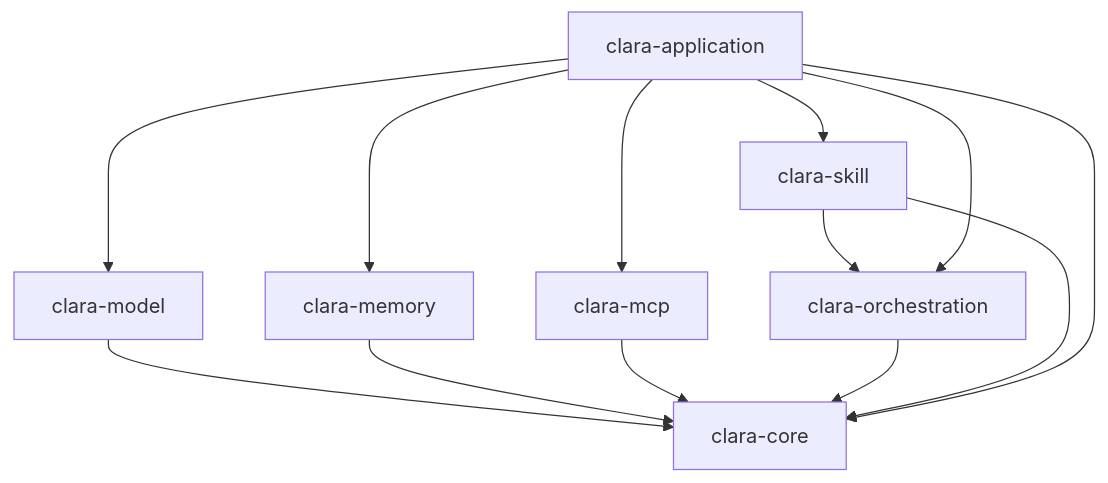
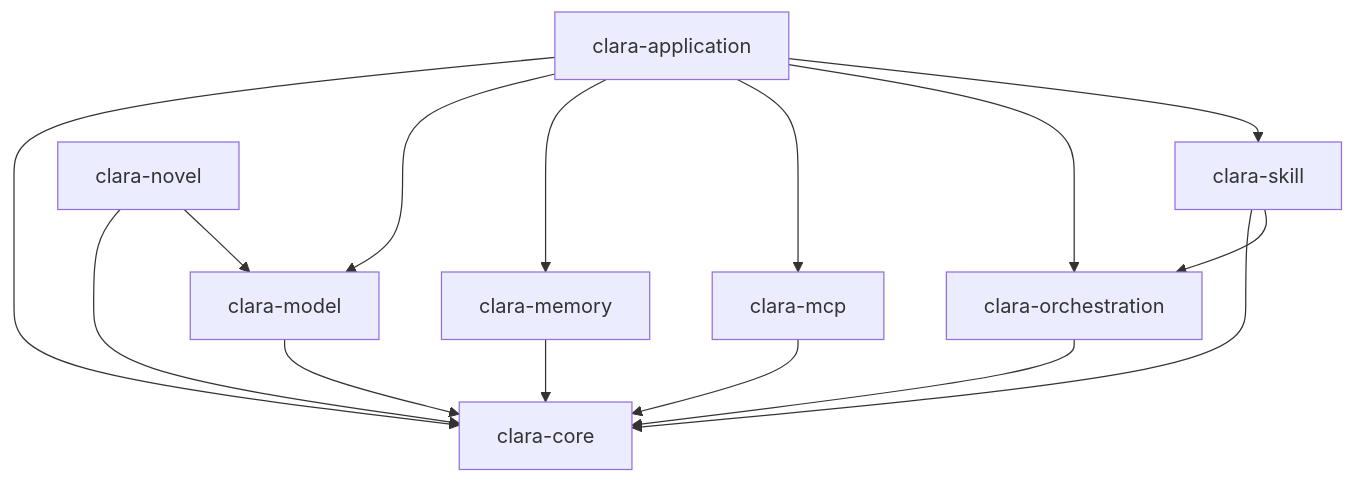
One commit to fangwu798/clara changed the diagram in readme.md. Above: the diagram before and after it, drawn with Mermaid. The commit also changed other lines of this file and 134 other files, not shown here.

````diff
--- a/readme.md
+++ b/readme.md
@@ -30,16 +31,18 @@
 ```mermaid
 flowchart TD
     core[clara-core]
     model[clara-model] --> core
     memory[clara-memory] --> core
     mcp[clara-mcp] --> core
     orchestration[clara-orchestration] --> core
     skill[clara-skill] --> core
     skill --> orchestration
     application[clara-application] --> core
     application --> model
     application --> memory
     application --> mcp
     application --> orchestration
     application --> skill
+    novel[clara-novel] --> core
+    novel --> model
 ```
````
